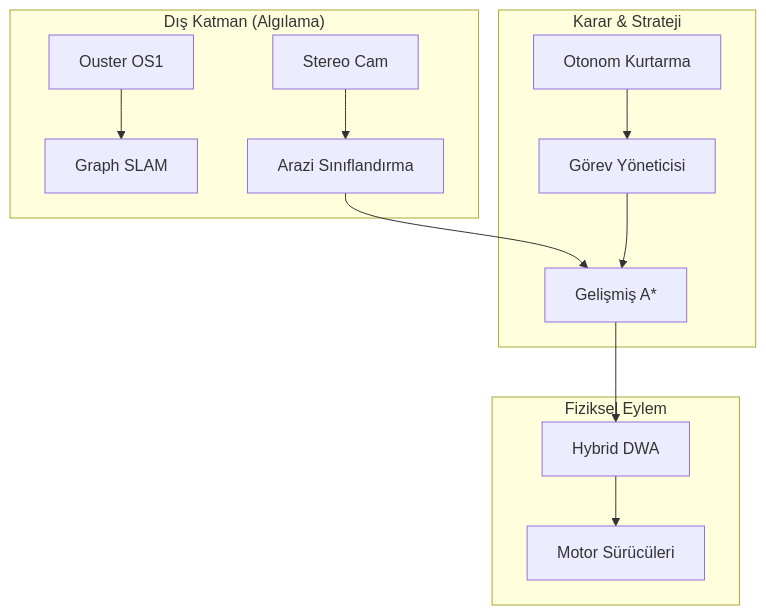
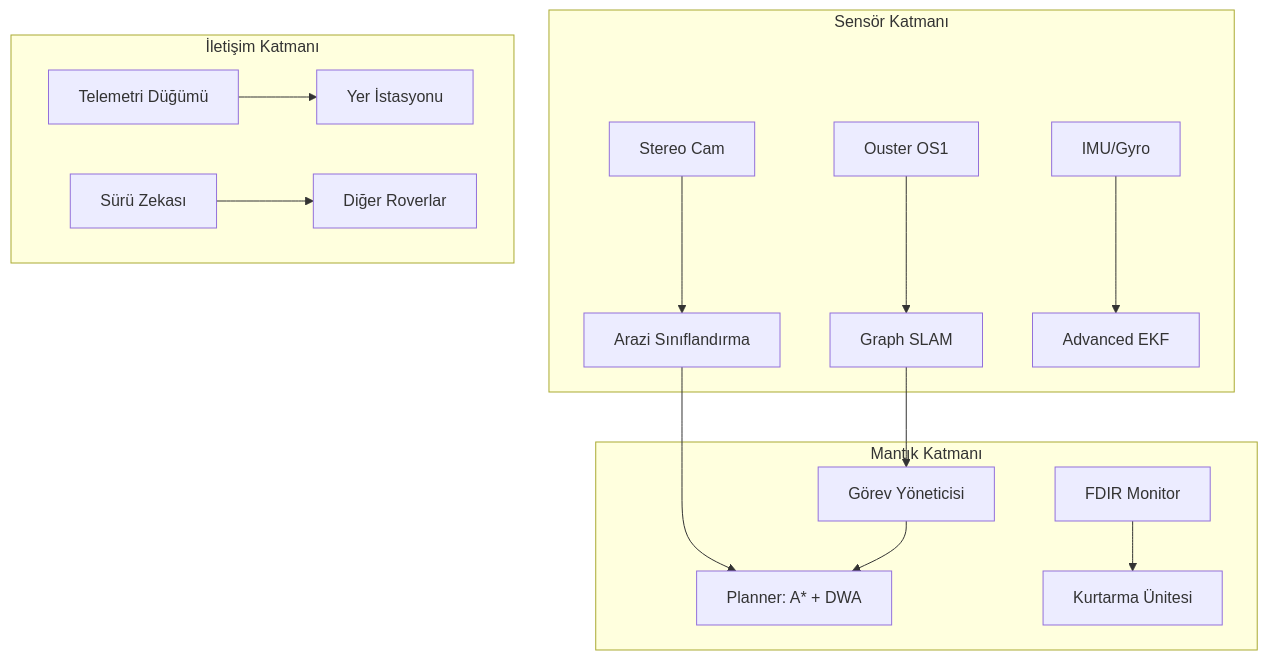
Before and after one commit to arch-yunus/Ay-Otonom-Navigasyon: the diagram in README.md, drawn with Mermaid. The commit also changed other lines of this file and 4 other files, not shown here.

Commit message:
Phase 8: Commander-Class Expansion - Advanced Telemetry, Simulation Launch, and Architectural Deep-Dive README

````diff
--- a/README.md
+++ b/README.md
@@ -31,18 +29,20 @@
 ```mermaid
 graph TD
-    subgraph "Dış Katman (Algılama)"
+    subgraph "Sensör Katmanı"
         LiDAR[Ouster OS1] --> SLAM[Graph SLAM]
         Cam[Stereo Cam] --> Terrain[Arazi Sınıflandırma]
+        IMU[IMU/Gyro] --> EKF[Advanced EKF]
     end
 
-    subgraph "Karar & Strateji"
-        Terrain --> Planner[Gelişmiş A*]
-        Recovery[Otonom Kurtarma] --> MM[Görev Yöneticisi]
+    subgraph "Mantık Katmanı"
+        SLAM --> MM[Görev Yöneticisi]
+        Terrain --> Planner[Planner: A* + DWA]
+        FDIR[FDIR Monitor] --> Recovery[Kurtarma Ünitesi]
         MM --> Planner
     end
 
-    subgraph "Fiziksel Eylem"
-        Planner --> Controller[Hybrid DWA]
-        Controller --> Actuators[Motor Sürücüleri]
+    subgraph "İletişim Katmanı"
+        Telemetry[Telemetri Düğümü] --> Dashboard[Yer İstasyonu]
+        Swarm[Sürü Zekası] --> Mesh[Diğer Roverlar]
     end
 ```
````
